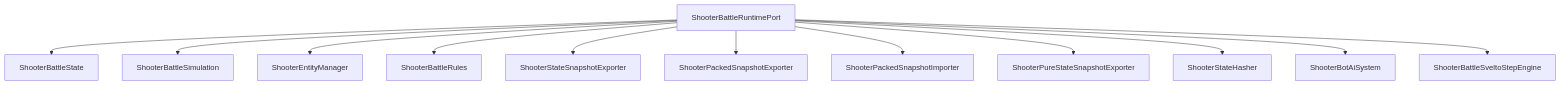
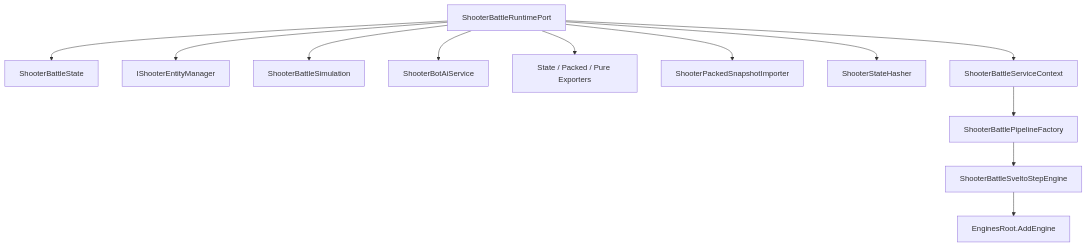
The second of 6 diagrams in Docs/design/09-ImplementationExamples/Shooter/01-RuntimeSveltoSimulation.md (Kurumioi/AbilityKit), drawn with Mermaid before and after one commit. The commit also changed other lines of this file and 118 other files, not shown here.

````diff
--- a/Docs/design/09-ImplementationExamples/Shooter/01-RuntimeSveltoSimulation.md
+++ b/Docs/design/09-ImplementationExamples/Shooter/01-RuntimeSveltoSimulation.md
@@ -56,15 +66,14 @@
 ```mermaid
 flowchart TB
-    Port["ShooterBattleRuntimePort"]
-    Port --> State["ShooterBattleState"]
-    Port --> Sim["ShooterBattleSimulation"]
-    Port --> Entity["ShooterEntityManager"]
-    Port --> Rules["ShooterBattleRules"]
-    Port --> Snapshot["ShooterStateSnapshotExporter"]
-    Port --> PackedExporter["ShooterPackedSnapshotExporter"]
-    Port --> PackedImporter["ShooterPackedSnapshotImporter"]
-    Port --> PureExporter["ShooterPureStateSnapshotExporter"]
+    Port["ShooterBattleRuntimePort"] --> State["ShooterBattleState"]
+    Port --> Entities["IShooterEntityManager"]
+    Port --> Simulation["ShooterBattleSimulation"]
+    Port --> Bot["ShooterBotAiService"]
+    Port --> Snapshot["State / Packed / Pure Exporters"]
+    Port --> Importer["ShooterPackedSnapshotImporter"]
     Port --> Hash["ShooterStateHasher"]
-    Port --> Bot["ShooterBotAiSystem"]
-    Port --> Step["ShooterBattleSveltoStepEngine"]
+    Port --> Context["ShooterBattleServiceContext"]
+    Context --> Factory["ShooterBattlePipelineFactory"]
+    Factory --> Step["ShooterBattleSveltoStepEngine"]
+    Step --> Root["EnginesRoot.AddEngine"]
 ```
````
